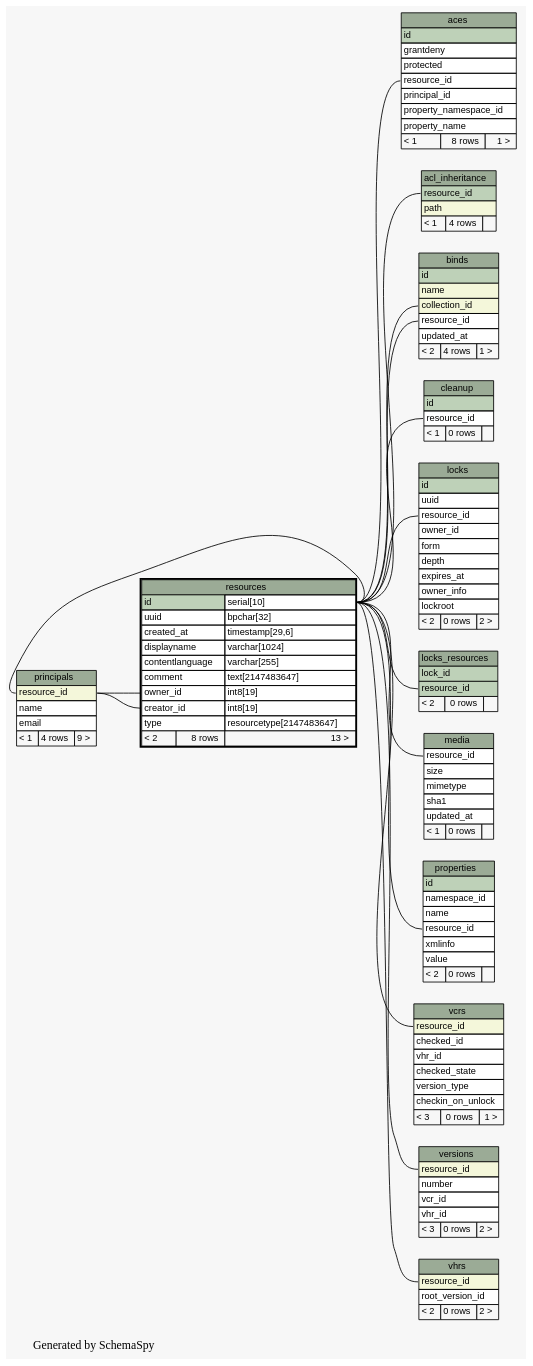
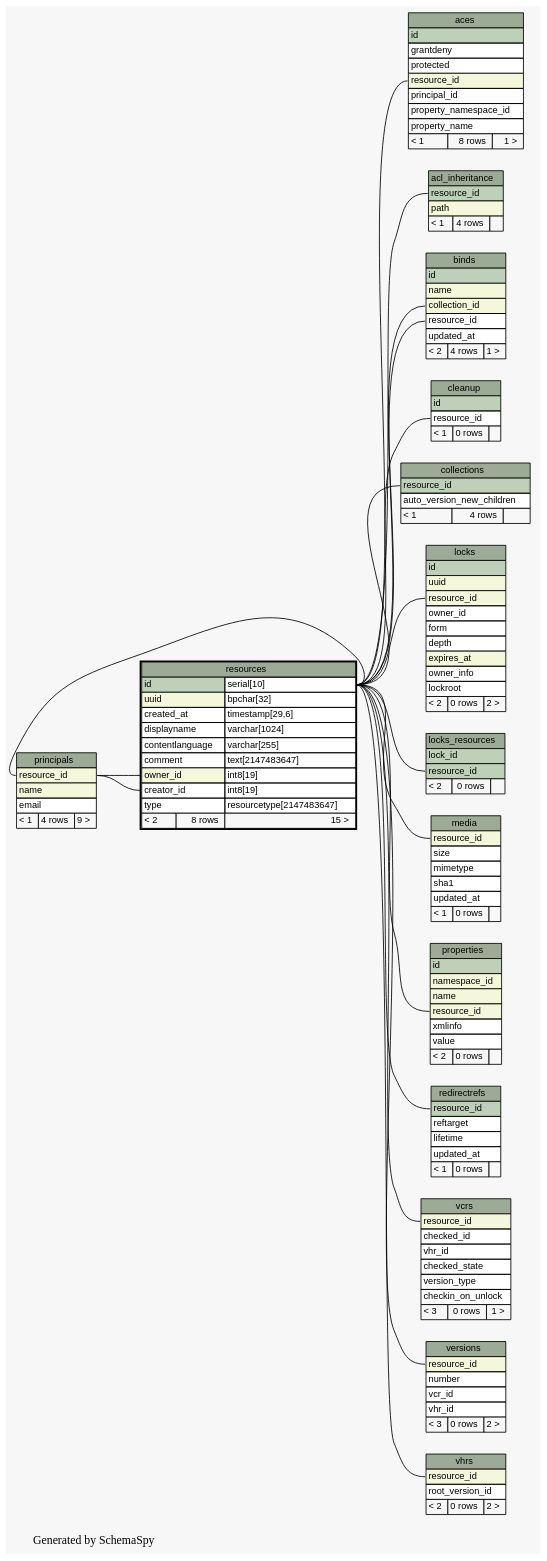
Before and after one commit to tolsen/limestone: the diagram in limestone/doc/schemaSpy/graphs/resources.1degree.dot, drawn with Graphviz. The commit also changed 156 other files, not shown here.

Commit message:
update limestone schemaSpy

```diff
--- a/limestone/doc/schemaSpy/graphs/resources.1degree.dot
+++ b/limestone/doc/schemaSpy/graphs/resources.1degree.dot
@@ -1,4 +1,4 @@
-// dot 2.20.2 on Linux 2.6.25-2-amd64
+// dot 2.20.2 on Linux 2.6.28-1-amd64
 digraph "oneDegreeRelationshipsGraph" {
   graph [
     rankdir="RL"
@@ -19,11 +19,13 @@
   "binds":"collection_id":w -> "resources":"id.type":e [arrowtail=crowtee arrowhead=none];
   "binds":"resource_id":w -> "resources":"id.type":e [arrowtail=crowtee arrowhead=none];
   "cleanup":"resource_id":w -> "resources":"id.type":e [arrowtail=crowtee arrowhead=none];
+  "collections":"resource_id":w -> "resources":"id.type":e [arrowtail=tee arrowhead=none];
   "locks":"resource_id":w -> "resources":"id.type":e [arrowtail=crowtee arrowhead=none];
   "locks_resources":"resource_id":w -> "resources":"id.type":e [arrowtail=crowtee arrowhead=none];
   "media":"resource_id":w -> "resources":"id.type":e [arrowtail=crowtee arrowhead=none];
   "principals":"resource_id":w -> "resources":"id.type":e [arrowtail=tee arrowhead=none];
   "properties":"resource_id":w -> "resources":"id.type":e [arrowtail=crowtee arrowhead=none];
+  "redirectrefs":"resource_id":w -> "resources":"id.type":e [arrowtail=tee arrowhead=none];
   "resources":"creator_id":w -> "principals":"resource_id":e [arrowtail=crowtee arrowhead=none];
   "resources":"owner_id":w -> "principals":"resource_id":e [arrowtail=crowtee arrowhead=none];
   "vcrs":"resource_id":w -> "resources":"id.type":e [arrowtail=tee arrowhead=none];
@@ -36,7 +38,7 @@
       <TR><TD PORT="id" COLSPAN="3" BGCOLOR="#bed1b8" ALIGN="LEFT">id</TD></TR>
       <TR><TD PORT="grantdeny" COLSPAN="3" ALIGN="LEFT">grantdeny</TD></TR>
       <TR><TD PORT="protected" COLSPAN="3" ALIGN="LEFT">protected</TD></TR>
-      <TR><TD PORT="resource_id" COLSPAN="3" ALIGN="LEFT">resource_id</TD></TR>
+      <TR><TD PORT="resource_id" COLSPAN="3" BGCOLOR="#f4f7da" ALIGN="LEFT">resource_id</TD></TR>
       <TR><TD PORT="principal_id" COLSPAN="3" ALIGN="LEFT">principal_id</TD></TR>
       <TR><TD PORT="property_namespace_id" COLSPAN="3" ALIGN="LEFT">property_namespace_id</TD></TR>
       <TR><TD PORT="property_name" COLSPAN="3" ALIGN="LEFT">property_name</TD></TR>
@@ -81,17 +83,28 @@
     URL="cleanup.html#graph"
     tooltip="cleanup"
   ];
+  "collections" [
+    label=<
+    <TABLE BORDER="0" CELLBORDER="1" CELLSPACING="0" BGCOLOR="#ffffff">
+      <TR><TD PORT="collections.heading" COLSPAN="3" BGCOLOR="#9bab96" ALIGN="CENTER">collections</TD></TR>
+      <TR><TD PORT="resource_id" COLSPAN="3" BGCOLOR="#bed1b8" ALIGN="LEFT">resource_id</TD></TR>
+      <TR><TD PORT="auto_version_new_children" COLSPAN="3" ALIGN="LEFT">auto_version_new_children</TD></TR>
+      <TR><TD ALIGN="LEFT" BGCOLOR="#f7f7f7">&lt; 1</TD><TD ALIGN="RIGHT" BGCOLOR="#f7f7f7">4 rows</TD><TD ALIGN="RIGHT" BGCOLOR="#f7f7f7">  </TD></TR>
+    </TABLE>>
+    URL="collections.html#graph"
+    tooltip="collections"
+  ];
   "locks" [
     label=<
     <TABLE BORDER="0" CELLBORDER="1" CELLSPACING="0" BGCOLOR="#ffffff">
       <TR><TD PORT="locks.heading" COLSPAN="3" BGCOLOR="#9bab96" ALIGN="CENTER">locks</TD></TR>
       <TR><TD PORT="id" COLSPAN="3" BGCOLOR="#bed1b8" ALIGN="LEFT">id</TD></TR>
-      <TR><TD PORT="uuid" COLSPAN="3" ALIGN="LEFT">uuid</TD></TR>
-      <TR><TD PORT="resource_id" COLSPAN="3" ALIGN="LEFT">resource_id</TD></TR>
+      <TR><TD PORT="uuid" COLSPAN="3" BGCOLOR="#f4f7da" ALIGN="LEFT">uuid</TD></TR>
+      <TR><TD PORT="resource_id" COLSPAN="3" BGCOLOR="#f4f7da" ALIGN="LEFT">resource_id</TD></TR>
       <TR><TD PORT="owner_id" COLSPAN="3" ALIGN="LEFT">owner_id</TD></TR>
       <TR><TD PORT="form" COLSPAN="3" ALIGN="LEFT">form</TD></TR>
       <TR><TD PORT="depth" COLSPAN="3" ALIGN="LEFT">depth</TD></TR>
-      <TR><TD PORT="expires_at" COLSPAN="3" ALIGN="LEFT">expires_at</TD></TR>
+      <TR><TD PORT="expires_at" COLSPAN="3" BGCOLOR="#f4f7da" ALIGN="LEFT">expires_at</TD></TR>
       <TR><TD PORT="owner_info" COLSPAN="3" ALIGN="LEFT">owner_info</TD></TR>
       <TR><TD PORT="lockroot" COLSPAN="3" ALIGN="LEFT">lockroot</TD></TR>
       <TR><TD ALIGN="LEFT" BGCOLOR="#f7f7f7">&lt; 2</TD><TD ALIGN="RIGHT" BGCOLOR="#f7f7f7">0 rows</TD><TD ALIGN="RIGHT" BGCOLOR="#f7f7f7">2 &gt;</TD></TR>
@@ -114,7 +127,7 @@
     label=<
     <TABLE BORDER="0" CELLBORDER="1" CELLSPACING="0" BGCOLOR="#ffffff">
       <TR><TD PORT="media.heading" COLSPAN="3" BGCOLOR="#9bab96" ALIGN="CENTER">media</TD></TR>
-      <TR><TD PORT="resource_id" COLSPAN="3" ALIGN="LEFT">resource_id</TD></TR>
+      <TR><TD PORT="resource_id" COLSPAN="3" BGCOLOR="#f4f7da" ALIGN="LEFT">resource_id</TD></TR>
       <TR><TD PORT="size" COLSPAN="3" ALIGN="LEFT">size</TD></TR>
       <TR><TD PORT="mimetype" COLSPAN="3" ALIGN="LEFT">mimetype</TD></TR>
       <TR><TD PORT="sha1" COLSPAN="3" ALIGN="LEFT">sha1</TD></TR>
@@ -129,7 +142,7 @@
     <TABLE BORDER="0" CELLBORDER="1" CELLSPACING="0" BGCOLOR="#ffffff">
       <TR><TD PORT="principals.heading" COLSPAN="3" BGCOLOR="#9bab96" ALIGN="CENTER">principals</TD></TR>
       <TR><TD PORT="resource_id" COLSPAN="3" BGCOLOR="#f4f7da" ALIGN="LEFT">resource_id</TD></TR>
-      <TR><TD PORT="name" COLSPAN="3" ALIGN="LEFT">name</TD></TR>
+      <TR><TD PORT="name" COLSPAN="3" BGCOLOR="#f4f7da" ALIGN="LEFT">name</TD></TR>
       <TR><TD PORT="email" COLSPAN="3" ALIGN="LEFT">email</TD></TR>
       <TR><TD ALIGN="LEFT" BGCOLOR="#f7f7f7">&lt; 1</TD><TD ALIGN="RIGHT" BGCOLOR="#f7f7f7">4 rows</TD><TD ALIGN="RIGHT" BGCOLOR="#f7f7f7">9 &gt;</TD></TR>
     </TABLE>>
@@ -141,9 +154,9 @@
     <TABLE BORDER="0" CELLBORDER="1" CELLSPACING="0" BGCOLOR="#ffffff">
       <TR><TD PORT="properties.heading" COLSPAN="3" BGCOLOR="#9bab96" ALIGN="CENTER">properties</TD></TR>
       <TR><TD PORT="id" COLSPAN="3" BGCOLOR="#bed1b8" ALIGN="LEFT">id</TD></TR>
-      <TR><TD PORT="namespace_id" COLSPAN="3" ALIGN="LEFT">namespace_id</TD></TR>
-      <TR><TD PORT="name" COLSPAN="3" ALIGN="LEFT">name</TD></TR>
-      <TR><TD PORT="resource_id" COLSPAN="3" ALIGN="LEFT">resource_id</TD></TR>
+      <TR><TD PORT="namespace_id" COLSPAN="3" BGCOLOR="#f4f7da" ALIGN="LEFT">namespace_id</TD></TR>
+      <TR><TD PORT="name" COLSPAN="3" BGCOLOR="#f4f7da" ALIGN="LEFT">name</TD></TR>
+      <TR><TD PORT="resource_id" COLSPAN="3" BGCOLOR="#f4f7da" ALIGN="LEFT">resource_id</TD></TR>
       <TR><TD PORT="xmlinfo" COLSPAN="3" ALIGN="LEFT">xmlinfo</TD></TR>
       <TR><TD PORT="value" COLSPAN="3" ALIGN="LEFT">value</TD></TR>
       <TR><TD ALIGN="LEFT" BGCOLOR="#f7f7f7">&lt; 2</TD><TD ALIGN="RIGHT" BGCOLOR="#f7f7f7">0 rows</TD><TD ALIGN="RIGHT" BGCOLOR="#f7f7f7">  </TD></TR>
@@ -151,20 +164,33 @@
     URL="properties.html#graph"
     tooltip="properties"
   ];
+  "redirectrefs" [
+    label=<
+    <TABLE BORDER="0" CELLBORDER="1" CELLSPACING="0" BGCOLOR="#ffffff">
+      <TR><TD PORT="redirectrefs.heading" COLSPAN="3" BGCOLOR="#9bab96" ALIGN="CENTER">redirectrefs</TD></TR>
+      <TR><TD PORT="resource_id" COLSPAN="3" BGCOLOR="#bed1b8" ALIGN="LEFT">resource_id</TD></TR>
+      <TR><TD PORT="reftarget" COLSPAN="3" ALIGN="LEFT">reftarget</TD></TR>
+      <TR><TD PORT="lifetime" COLSPAN="3" ALIGN="LEFT">lifetime</TD></TR>
+      <TR><TD PORT="updated_at" COLSPAN="3" ALIGN="LEFT">updated_at</TD></TR>
+      <TR><TD ALIGN="LEFT" BGCOLOR="#f7f7f7">&lt; 1</TD><TD ALIGN="RIGHT" BGCOLOR="#f7f7f7">0 rows</TD><TD ALIGN="RIGHT" BGCOLOR="#f7f7f7">  </TD></TR>
+    </TABLE>>
+    URL="redirectrefs.html#graph"
+    tooltip="redirectrefs"
+  ];
   "resources" [
     label=<
     <TABLE BORDER="2" CELLBORDER="1" CELLSPACING="0" BGCOLOR="#ffffff">
       <TR><TD PORT="resources.heading" COLSPAN="3" BGCOLOR="#9bab96" ALIGN="CENTER">resources</TD></TR>
       <TR><TD PORT="id" COLSPAN="2" BGCOLOR="#bed1b8" ALIGN="LEFT">id</TD><TD PORT="id.type" ALIGN="LEFT">serial[10]</TD></TR>
-      <TR><TD PORT="uuid" COLSPAN="2" ALIGN="LEFT">uuid</TD><TD PORT="uuid.type" ALIGN="LEFT">bpchar[32]</TD></TR>
+      <TR><TD PORT="uuid" COLSPAN="2" BGCOLOR="#f4f7da" ALIGN="LEFT">uuid</TD><TD PORT="uuid.type" ALIGN="LEFT">bpchar[32]</TD></TR>
       <TR><TD PORT="created_at" COLSPAN="2" ALIGN="LEFT">created_at</TD><TD PORT="created_at.type" ALIGN="LEFT">timestamp[29,6]</TD></TR>
       <TR><TD PORT="displayname" COLSPAN="2" ALIGN="LEFT">displayname</TD><TD PORT="displayname.type" ALIGN="LEFT">varchar[1024]</TD></TR>
       <TR><TD PORT="contentlanguage" COLSPAN="2" ALIGN="LEFT">contentlanguage</TD><TD PORT="contentlanguage.type" ALIGN="LEFT">varchar[255]</TD></TR>
       <TR><TD PORT="comment" COLSPAN="2" ALIGN="LEFT">comment</TD><TD PORT="comment.type" ALIGN="LEFT">text[2147483647]</TD></TR>
-      <TR><TD PORT="owner_id" COLSPAN="2" ALIGN="LEFT">owner_id</TD><TD PORT="owner_id.type" ALIGN="LEFT">int8[19]</TD></TR>
+      <TR><TD PORT="owner_id" COLSPAN="2" BGCOLOR="#f4f7da" ALIGN="LEFT">owner_id</TD><TD PORT="owner_id.type" ALIGN="LEFT">int8[19]</TD></TR>
       <TR><TD PORT="creator_id" COLSPAN="2" ALIGN="LEFT">creator_id</TD><TD PORT="creator_id.type" ALIGN="LEFT">int8[19]</TD></TR>
       <TR><TD PORT="type" COLSPAN="2" ALIGN="LEFT">type</TD><TD PORT="type.type" ALIGN="LEFT">resourcetype[2147483647]</TD></TR>
-      <TR><TD ALIGN="LEFT" BGCOLOR="#f7f7f7">&lt; 2</TD><TD ALIGN="RIGHT" BGCOLOR="#f7f7f7">8 rows</TD><TD ALIGN="RIGHT" BGCOLOR="#f7f7f7">13 &gt;</TD></TR>
+      <TR><TD ALIGN="LEFT" BGCOLOR="#f7f7f7">&lt; 2</TD><TD ALIGN="RIGHT" BGCOLOR="#f7f7f7">8 rows</TD><TD ALIGN="RIGHT" BGCOLOR="#f7f7f7">15 &gt;</TD></TR>
     </TABLE>>
     URL="resources.html#"
     tooltip="resources"
```
